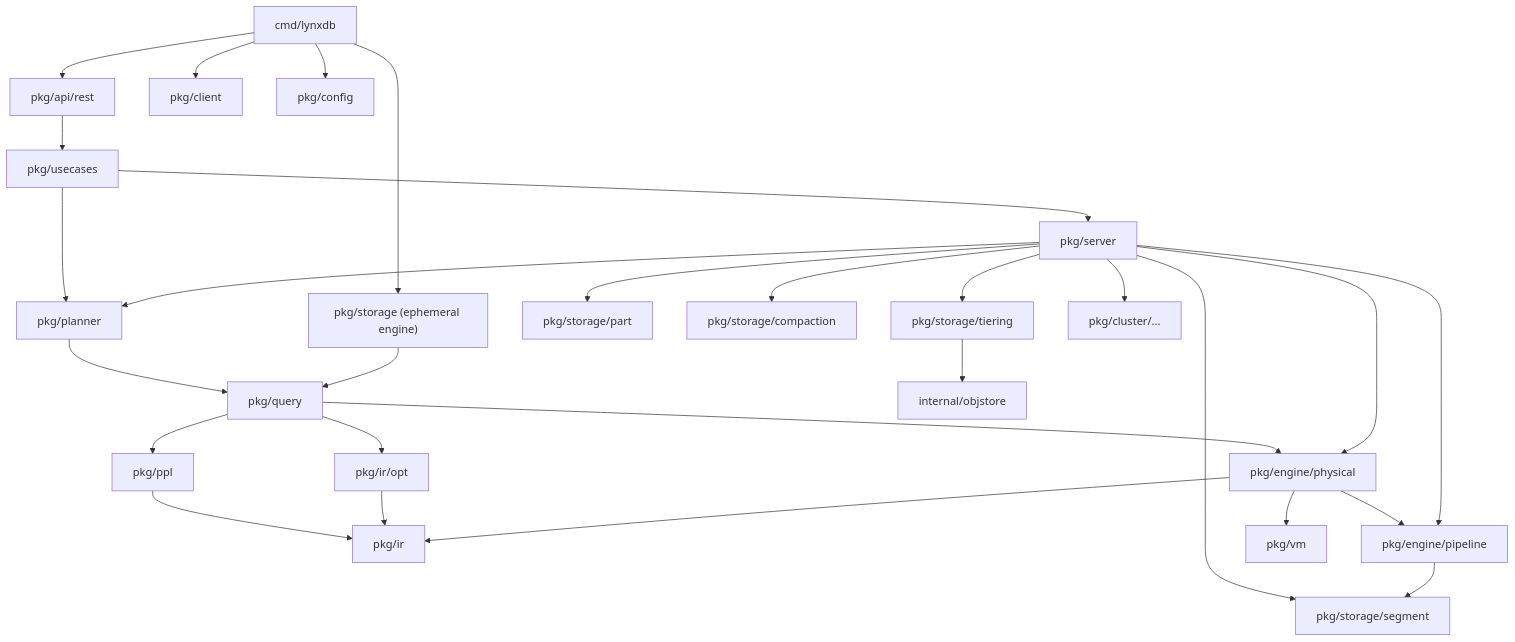
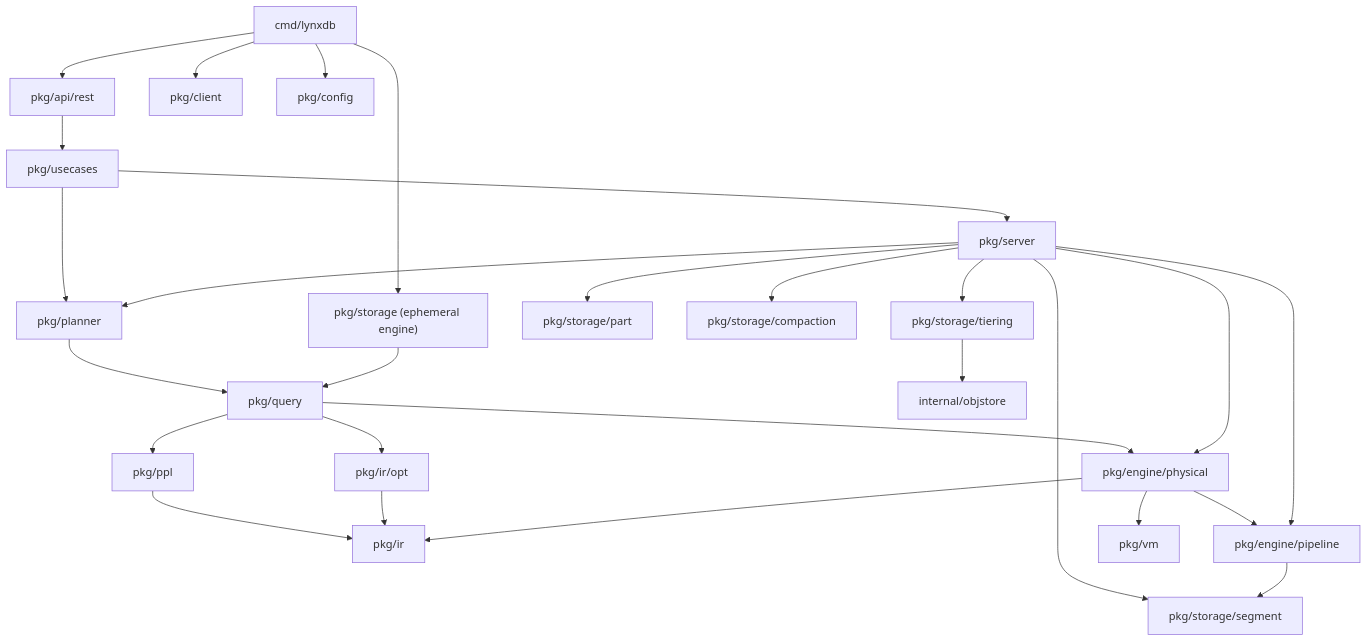
One commit to lynxbase/lynxdb changed the diagram in docs/site/docs/contributing/project-structure.md. Above: the diagram before and after it, drawn with Mermaid. The commit also changed other lines of this file and 145 other files, not shown here.

````diff
--- a/docs/site/docs/contributing/project-structure.md
+++ b/docs/site/docs/contributing/project-structure.md
@@ -225,33 +206,32 @@
 ```mermaid
 flowchart TD
     CMD["cmd/lynxdb"] --> API["pkg/api/rest"]
     CMD --> CLIENT["pkg/client"]
     CMD --> STORAGE["pkg/storage (ephemeral engine)"]
     CMD --> CONFIG["pkg/config"]
 
     API --> USECASES["pkg/usecases"]
     USECASES --> SERVER["pkg/server"]
     USECASES --> PLANNER["pkg/planner"]
 
     PLANNER --> QUERY["pkg/query"]
     STORAGE --> QUERY
     QUERY --> PPL["pkg/ppl"]
     QUERY --> OPT["pkg/ir/opt"]
     QUERY --> PHYSICAL["pkg/engine/physical"]
     PPL --> IR["pkg/ir"]
     OPT --> IR
     PHYSICAL --> IR
     PHYSICAL --> PIPELINE["pkg/engine/pipeline"]
     PHYSICAL --> VM["pkg/vm"]
 
     SERVER --> PLANNER
     SERVER --> PHYSICAL
     SERVER --> PIPELINE
     SERVER --> PART["pkg/storage/part"]
     SERVER --> SEGMENT["pkg/storage/segment"]
     SERVER --> COMPACTION["pkg/storage/compaction"]
     SERVER --> TIERING["pkg/storage/tiering"]
-    SERVER --> CLUSTER["pkg/cluster/..."]
     PIPELINE --> SEGMENT
     TIERING --> OBJSTORE["internal/objstore"]
 ```
````
